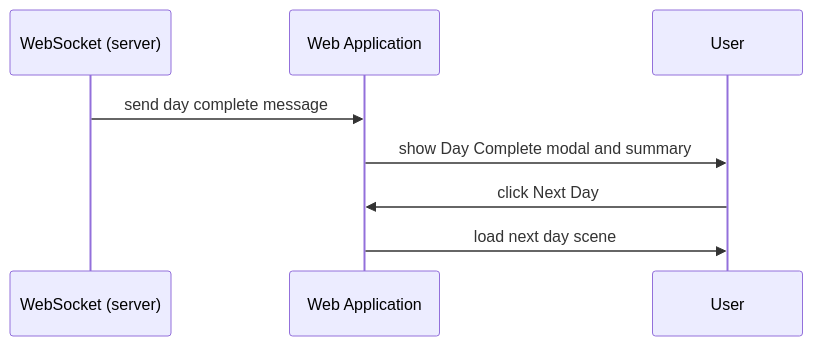
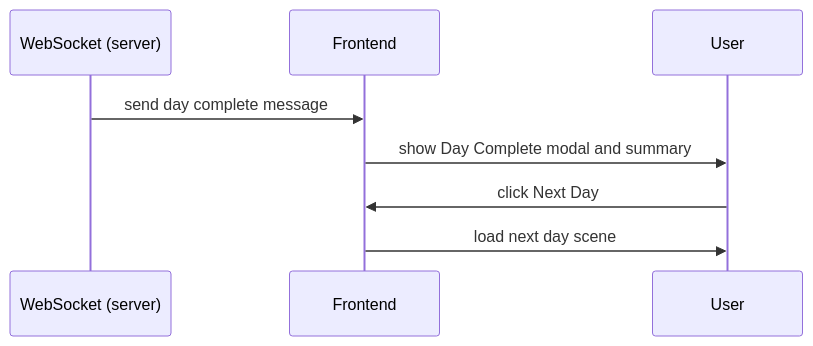
One commit to Capstone-Projects-2025-Spring/aac-go-fish changed diagram 17 of 19 in documentation/docs/system-architecture/use-case-sequences.md. Above: the diagram before and after it, drawn with Mermaid. The commit also changed other lines of this file and 2 other files, not shown here.

````diff
--- a/documentation/docs/system-architecture/use-case-sequences.md
+++ b/documentation/docs/system-architecture/use-case-sequences.md
@@ -311,11 +311,11 @@
 ```mermaid
 sequenceDiagram
     participant Server as WebSocket (server)
-    participant WebApp as Web Application
+    participant Frontend
     participant User
 
-    Server->>WebApp: send day complete message
-    WebApp->>User: show Day Complete modal and summary
-    User->>WebApp: click Next Day
-    WebApp->>User: load next day scene
+    Server->>Frontend: send day complete message
+    Frontend->>User: show Day Complete modal and summary
+    User->>Frontend: click Next Day
+    Frontend->>User: load next day scene
 ```
````
